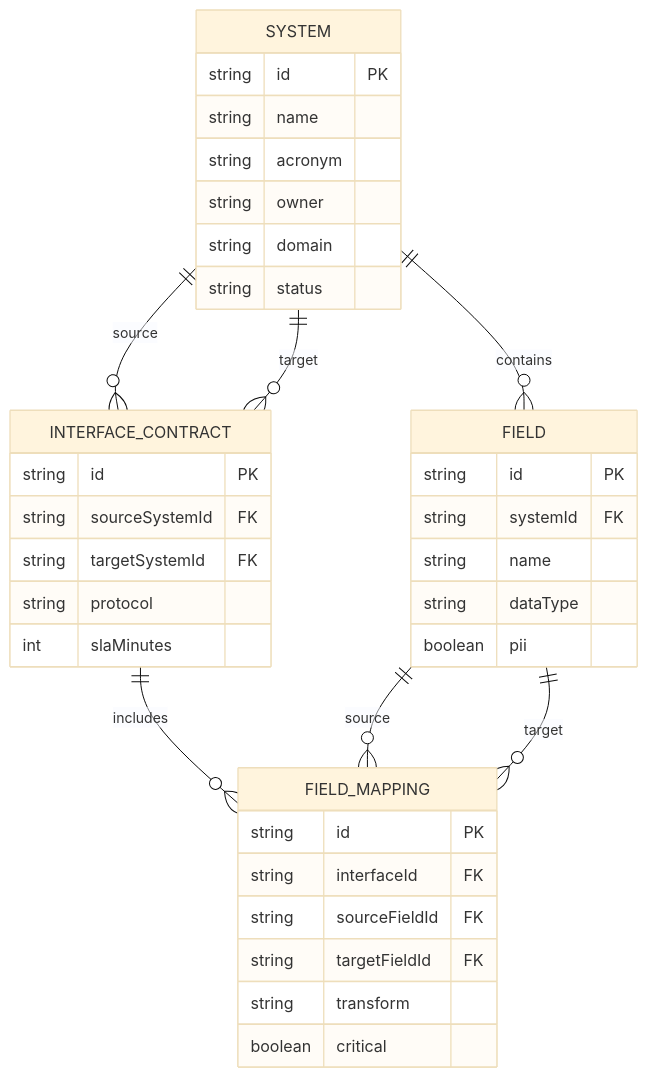
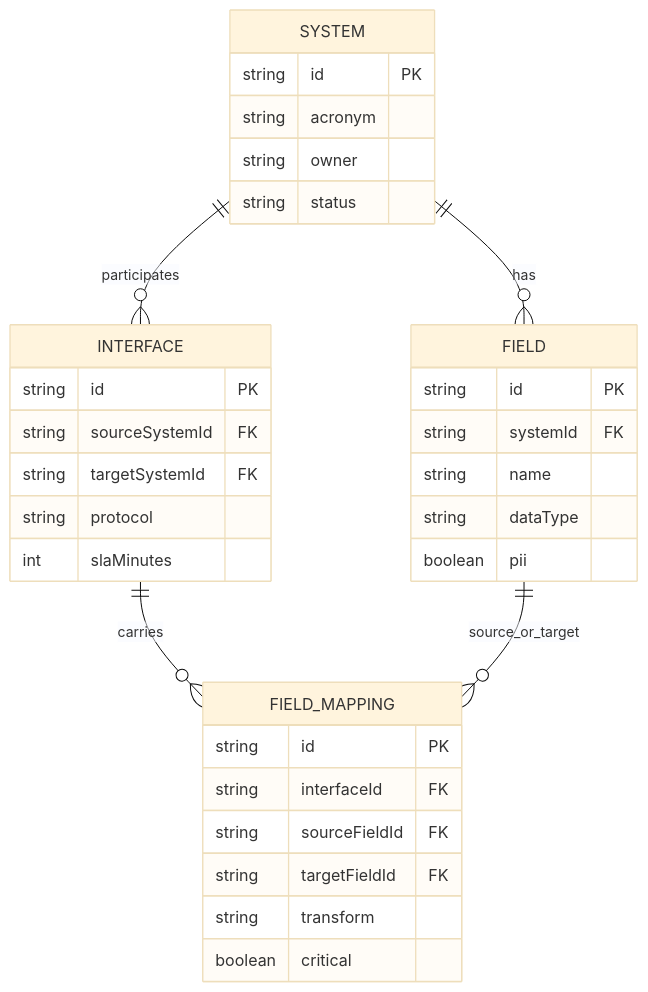
One commit to jah-guide/sourcemap changed the first of 2 diagrams in docs/06-data-model.md. Above: the diagram before and after it, drawn with Mermaid (base theme). The commit also changed other lines of this file, not shown here.

Commit message:
docs: trim data model ERD for quick scanning

````diff
--- a/docs/06-data-model.md
+++ b/docs/06-data-model.md
@@ -9,43 +9,36 @@
 ```mermaid
 erDiagram
-  SYSTEM ||--o{ FIELD : contains
-  SYSTEM ||--o{ INTERFACE_CONTRACT : source
-  SYSTEM ||--o{ INTERFACE_CONTRACT : target
-  INTERFACE_CONTRACT ||--o{ FIELD_MAPPING : includes
-  FIELD ||--o{ FIELD_MAPPING : source
-  FIELD ||--o{ FIELD_MAPPING : target
+  SYSTEM ||--o{ FIELD : has
+  SYSTEM ||--o{ INTERFACE : participates
+  INTERFACE ||--o{ FIELD_MAPPING : carries
+  FIELD ||--o{ FIELD_MAPPING : source_or_target
 
   SYSTEM {
     string id PK
-    string name
     string acronym
     string owner
-    string domain
     string status
   }
-
   FIELD {
     string id PK
     string systemId FK
     string name
     string dataType
     boolean pii
   }
-
-  INTERFACE_CONTRACT {
+  INTERFACE {
     string id PK
     string sourceSystemId FK
     string targetSystemId FK
     string protocol
     int slaMinutes
   }
-
   FIELD_MAPPING {
     string id PK
     string interfaceId FK
     string sourceFieldId FK
     string targetFieldId FK
     string transform
     boolean critical
   }
 ```
````
